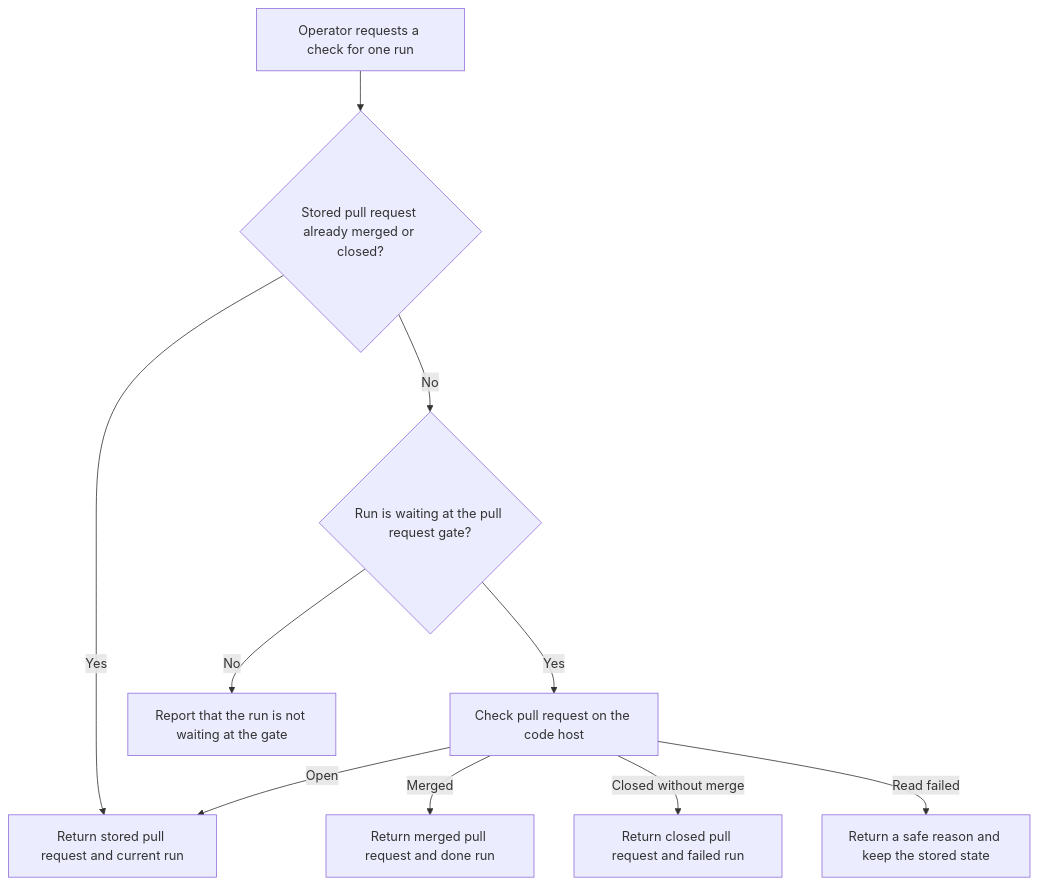
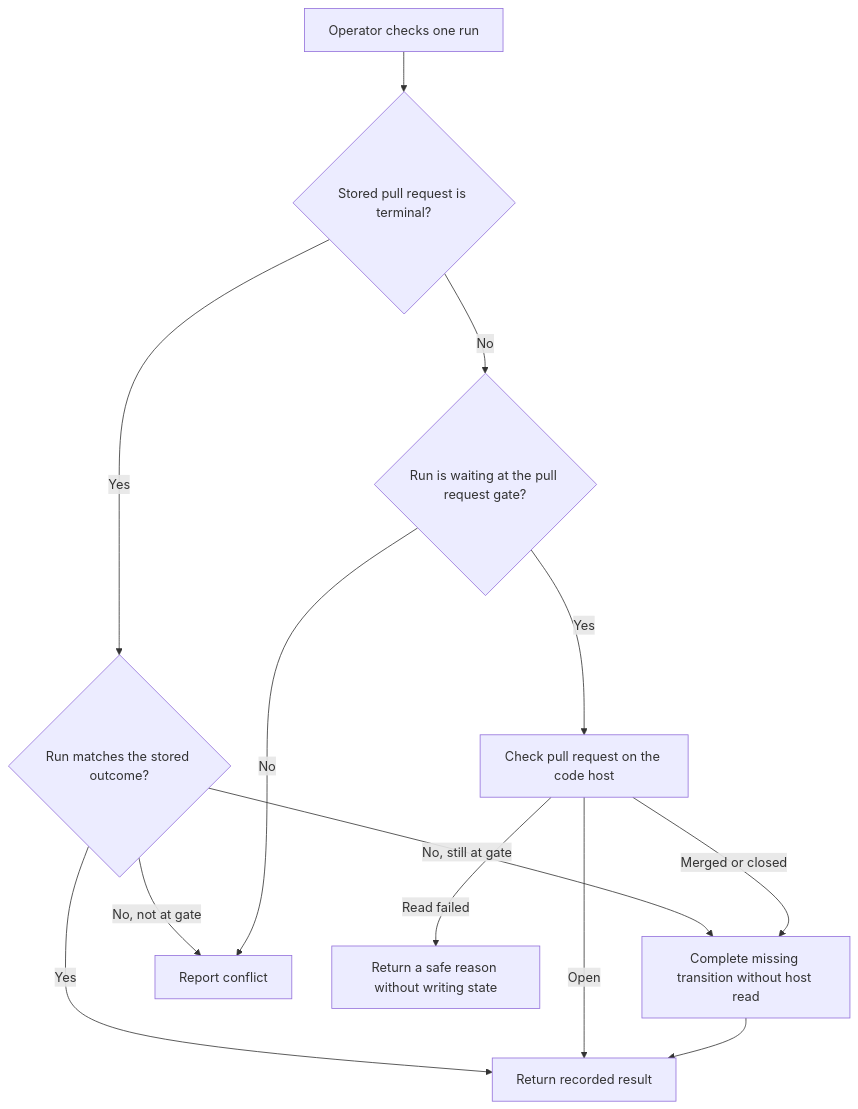
The first of 2 diagrams in context-human/specs/feature-refresh-one-pull-request.md (markdstafford/autocatalyst), drawn with Mermaid before and after one commit. The commit also changed other lines of this file, not shown here.

Commit message:
docs: revise feature spec refresh-one-pull-request

````diff
--- a/context-human/specs/feature-refresh-one-pull-request.md
+++ b/context-human/specs/feature-refresh-one-pull-request.md
@@ -70,12 +68,15 @@
 ```mermaid
 flowchart TD
-    A[Operator requests a check for one run] --> B{Stored pull request already merged or closed?}
-    B -->|Yes| C[Return stored pull request and current run]
-    B -->|No| D{Run is waiting at the pull request gate?}
-    D -->|No| E[Report that the run is not waiting at the gate]
-    D -->|Yes| F[Check pull request on the code host]
-    F -->|Open| C
-    F -->|Merged| G[Return merged pull request and done run]
-    F -->|Closed without merge| H[Return closed pull request and failed run]
-    F -->|Read failed| I[Return a safe reason and keep the stored state]
+    A[Operator checks one run] --> B{Stored pull request is terminal?}
+    B -->|Yes| C{Run matches the stored outcome?}
+    C -->|Yes| D[Return recorded result]
+    C -->|No, still at gate| E[Complete missing transition without host read]
+    C -->|No, not at gate| F[Report conflict]
+    B -->|No| G{Run is waiting at the pull request gate?}
+    G -->|No| F
+    G -->|Yes| H[Check pull request on the code host]
+    H -->|Open| D
+    H -->|Merged or closed| E
+    H -->|Read failed| I[Return a safe reason without writing state]
+    E --> D
 ```
````
